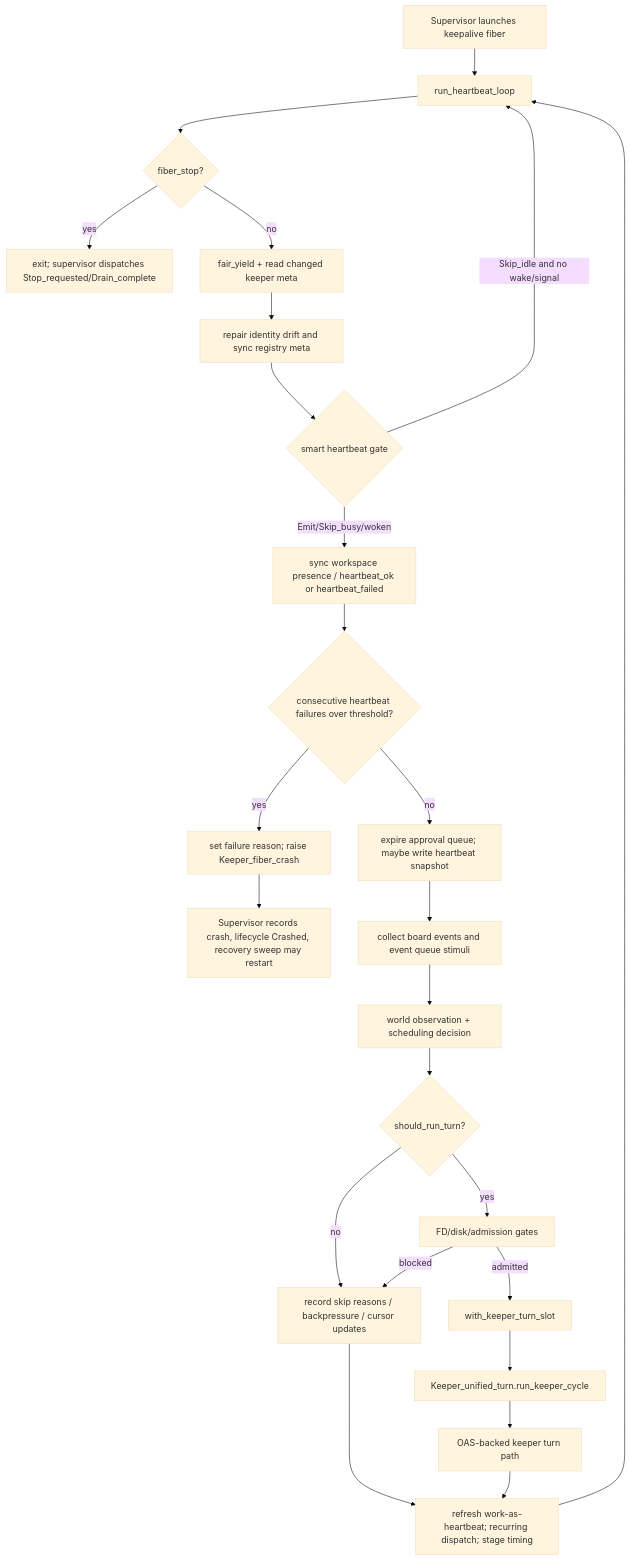
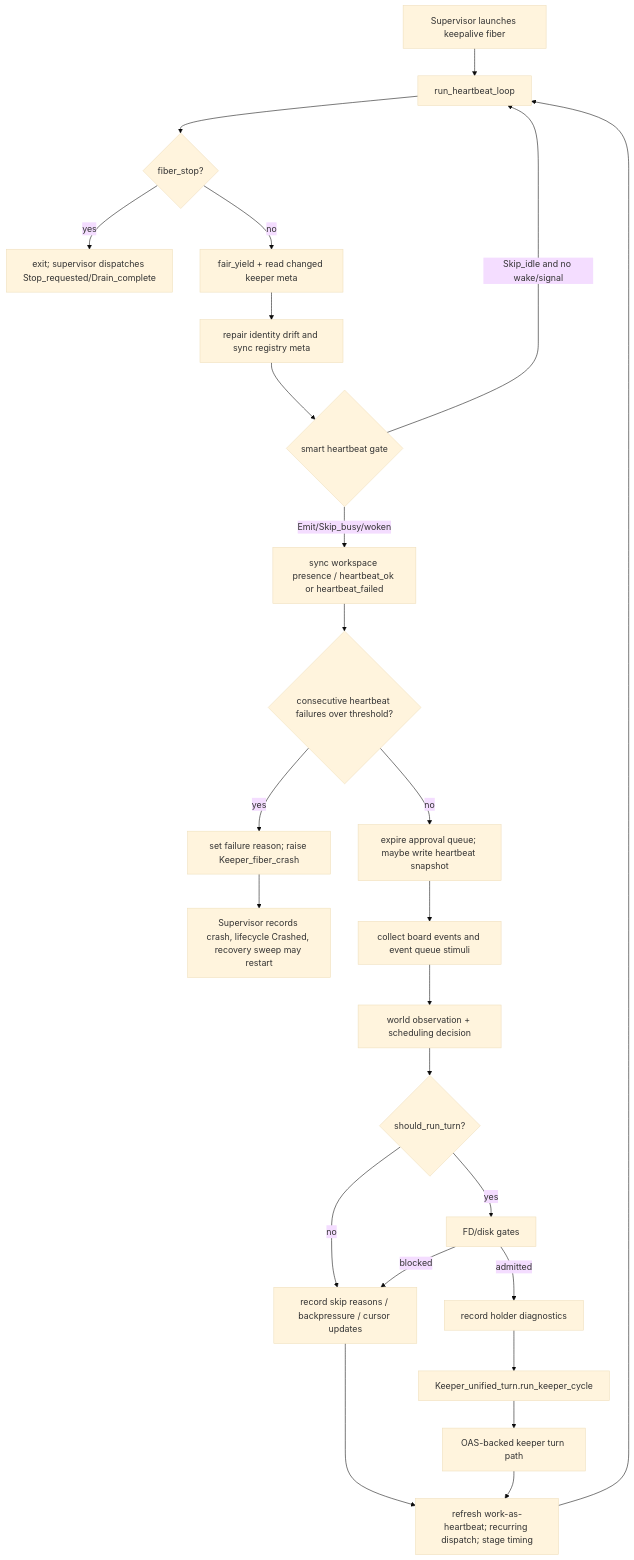
Before and after one commit to jeong-sik/masc: the second of 5 diagrams in docs/keeper-turn-lifecycle.md, drawn with Mermaid (base theme). The commit also changed 191 other files, not shown here.

First line of the commit message:
fix(keeper): remove legacy turn slot state (#20402)

````diff
--- a/docs/keeper-turn-lifecycle.md
+++ b/docs/keeper-turn-lifecycle.md
@@ -55,27 +55,27 @@
 ```mermaid
 flowchart TD
     A[Supervisor launches keepalive fiber] --> B[run_heartbeat_loop]
     B --> C{fiber_stop?}
     C -- yes --> Z[exit; supervisor dispatches Stop_requested/Drain_complete]
     C -- no --> D[fair_yield + read changed keeper meta]
     D --> E[repair identity drift and sync registry meta]
     E --> F{smart heartbeat gate}
     F -- Skip_idle and no wake/signal --> B
     F -- Emit/Skip_busy/woken --> G[sync workspace presence / heartbeat_ok or heartbeat_failed]
     G --> H{consecutive heartbeat failures over threshold?}
     H -- yes --> X[set failure reason; raise Keeper_fiber_crash]
     H -- no --> I[expire approval queue; maybe write heartbeat snapshot]
     I --> J[collect board events and event queue stimuli]
     J --> K[world observation + scheduling decision]
     K --> L{should_run_turn?}
     L -- no --> M[record skip reasons / backpressure / cursor updates]
-    L -- yes --> N[FD/disk/admission gates]
+    L -- yes --> N[FD/disk gates]
     N -- blocked --> M
-    N -- admitted --> O[with_keeper_turn_slot]
+    N -- admitted --> O[record holder diagnostics]
     O --> P[Keeper_unified_turn.run_keeper_cycle]
     P --> Q[OAS-backed keeper turn path]
     Q --> R[refresh work-as-heartbeat; recurring dispatch; stage timing]
     M --> R
     R --> B
     X --> Y[Supervisor records crash, lifecycle Crashed, recovery sweep may restart]
 ```
````
